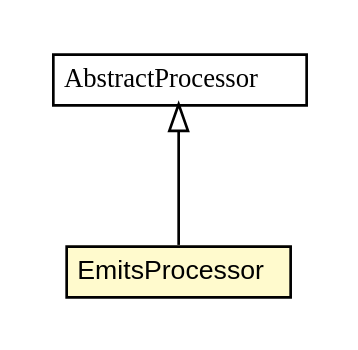
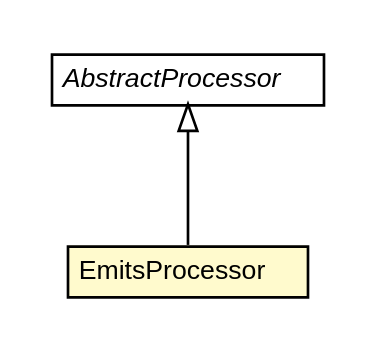
One commit to trajano/jetng changed the diagram in jetng-apt/apidocs/net/trajano/jetng/apt/internal/EmitsProcessor.dot. Above: the diagram before and after it, drawn with Graphviz. The commit also changed 67 other files, not shown here.

```diff
--- a/jetng-apt/apidocs/net/trajano/jetng/apt/internal/EmitsProcessor.dot
+++ b/jetng-apt/apidocs/net/trajano/jetng/apt/internal/EmitsProcessor.dot
@@ -1,26 +1,26 @@
 #!/usr/local/bin/dot
 #
 # Class diagram 
 # Generated by UMLGraph version R5_6-24-gf6e263 (http://www.umlgraph.org/)
 #
 
 digraph G {
-	edge [fontname="arial",fontsize=10,labelfontname="arial",labelfontsize=10];
-	node [fontname="arial",fontsize=10,shape=plaintext];
+	edge [fontname="Helvetica",fontsize=10,labelfontname="Helvetica",labelfontsize=10];
+	node [fontname="Helvetica",fontsize=10,shape=plaintext];
 	nodesep=0.25;
 	ranksep=0.5;
 	// net.trajano.jetng.apt.internal.EmitsProcessor
-	c37 [label=<<table title="net.trajano.jetng.apt.internal.EmitsProcessor" border="0" cellborder="1" cellspacing="0" cellpadding="2" port="p" bgcolor="lemonChiffon" href="./EmitsProcessor.html">
+	c38 [label=<<table title="net.trajano.jetng.apt.internal.EmitsProcessor" border="0" cellborder="1" cellspacing="0" cellpadding="2" port="p" bgcolor="lemonChiffon" href="./EmitsProcessor.html">
 		<tr><td><table border="0" cellspacing="0" cellpadding="1">
 <tr><td align="center" balign="center"> EmitsProcessor </td></tr>
 		</table></td></tr>
-		</table>>, URL="./EmitsProcessor.html", fontname="arial", fontcolor="black", fontsize=10.0];
+		</table>>, URL="./EmitsProcessor.html", fontname="Helvetica", fontcolor="black", fontsize=10.0];
 	//net.trajano.jetng.apt.internal.EmitsProcessor extends javax.annotation.processing.AbstractProcessor
-	c40:p -> c37:p [dir=back,arrowtail=empty];
+	c40:p -> c38:p [dir=back,arrowtail=empty];
 	// javax.annotation.processing.AbstractProcessor
 	c40 [label=<<table title="javax.annotation.processing.AbstractProcessor" border="0" cellborder="1" cellspacing="0" cellpadding="2" port="p" href="http://java.sun.com/j2se/1.4.2/docs/api/javax/annotation/processing/AbstractProcessor.html">
 		<tr><td><table border="0" cellspacing="0" cellpadding="1">
-<tr><td align="center" balign="center"><font face="arial italic"> AbstractProcessor </font></td></tr>
+<tr><td align="center" balign="center"><font face="Helvetica-Oblique"> AbstractProcessor </font></td></tr>
 		</table></td></tr>
-		</table>>, URL="http://java.sun.com/j2se/1.4.2/docs/api/javax/annotation/processing/AbstractProcessor.html", fontname="arial", fontcolor="black", fontsize=10.0];
+		</table>>, URL="http://java.sun.com/j2se/1.4.2/docs/api/javax/annotation/processing/AbstractProcessor.html", fontname="Helvetica", fontcolor="black", fontsize=10.0];
 }
```
